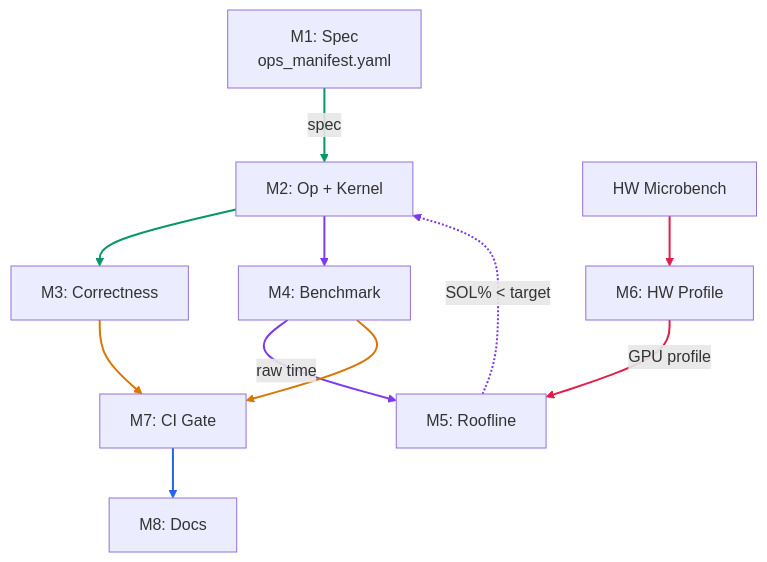
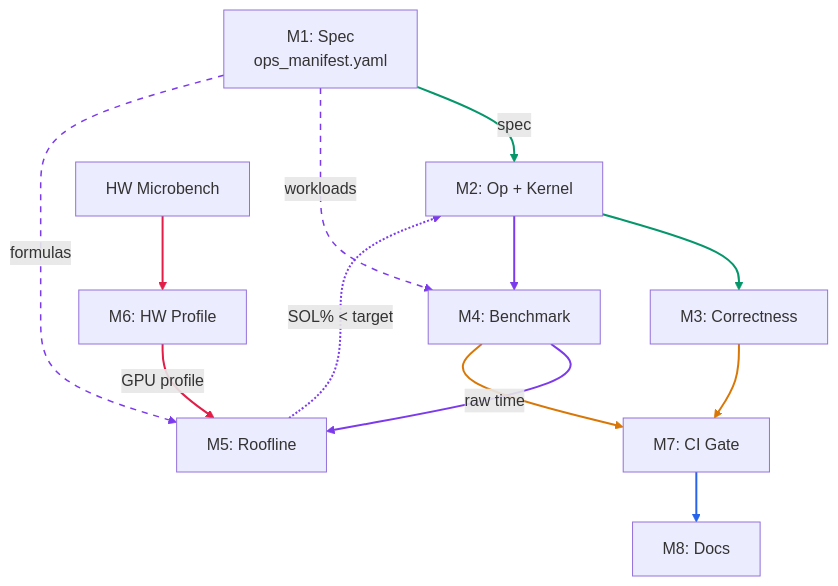
One commit to tile-ai/TileOPs changed the diagram in docs/architecture.md. Above: the diagram before and after it, drawn with Mermaid.

Commit message:
[Doc] Show M1 as central hub driving all flows
Add M1→M4 (workloads) and M1→M5 (formulas) edges back to emphasize
that ops_manifest.yaml is the single source driving op delivery,
benchmarking, and roofline evaluation.

````diff
--- a/docs/architecture.md
+++ b/docs/architecture.md
@@ -13,33 +13,37 @@
 ```mermaid
 graph TD
     M1["M1: Spec<br/>ops_manifest.yaml"]
     M2["M2: Op + Kernel"]
     M3["M3: Correctness"]
     M4["M4: Benchmark"]
     M5["M5: Roofline"]
     M6["M6: HW Profile"]
     HW["HW Microbench"]
     M7["M7: CI Gate"]
     M8["M8: Docs"]
 
     M1 -- "spec" --> M2
+    M1 -- "workloads" --> M4
+    M1 -- "formulas" --> M5
     M2 --> M3
 
     M2 --> M4
     M4 -- "raw time" --> M5
     M5 -. "SOL% < target" .-> M2
 
     HW --> M6
     M6 -- "GPU profile" --> M5
 
     M3 --> M7
     M4 --> M7
 
     M7 --> M8
 
-    linkStyle 0,1 stroke:#059669,stroke-width:2px
-    linkStyle 2,3,4 stroke:#7c3aed,stroke-width:2px
-    linkStyle 5,6 stroke:#e11d48,stroke-width:2px
-    linkStyle 7,8 stroke:#d97706,stroke-width:2px
-    linkStyle 9 stroke:#2563eb,stroke-width:2px
+    linkStyle 0 stroke:#059669,stroke-width:2px
+    linkStyle 1,2 stroke:#7c3aed,stroke-width:1.5px,stroke-dasharray:6
+    linkStyle 3 stroke:#059669,stroke-width:2px
+    linkStyle 4,5,6 stroke:#7c3aed,stroke-width:2px
+    linkStyle 7,8 stroke:#e11d48,stroke-width:2px
+    linkStyle 9,10 stroke:#d97706,stroke-width:2px
+    linkStyle 11 stroke:#2563eb,stroke-width:2px
 ```
````
